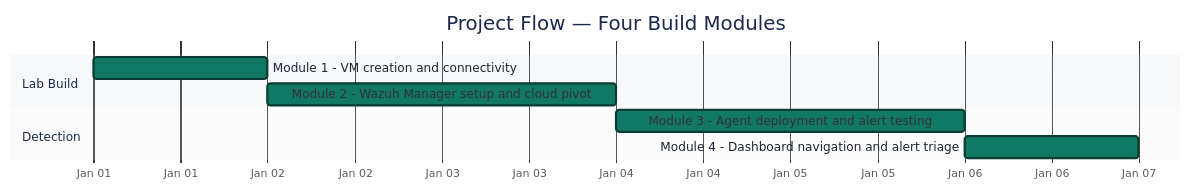
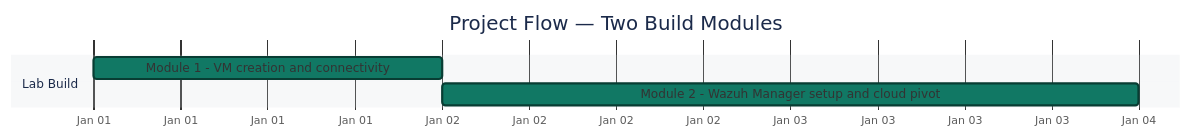
The second of 4 diagrams in 3-Advanced-Cyber-Projects/project-01-home-soc-lab-setup/README.md (malaika-azhar/Cybersecurity-Lab-Projects), drawn with Mermaid before and after one commit. The commit also changed other lines of this file, not shown here.

````diff
--- a/3-Advanced-Cyber-Projects/project-01-home-soc-lab-setup/README.md
+++ b/3-Advanced-Cyber-Projects/project-01-home-soc-lab-setup/README.md
@@ -154,19 +140,16 @@
 ```mermaid
 %%{init: { 'theme': 'base', 'themeVariables': {
   'doneTaskBkgColor':'#117864', 'doneTaskBorderColor':'#083D33',
   'sectionBkgColor':'#D6DBDF', 'altSectionBkgColor':'#EAECEE',
   'taskTextColor':'#FFFFFF', 'taskTextOutsideColor':'#1B2631',
   'taskTextLightColor':'#FFFFFF',
   'titleColor':'#1B2A4A', 'fontSize':'18px'
 }}}%%
 gantt
-    title Project Flow — Four Build Modules
+    title Project Flow — Two Build Modules
     dateFormat YYYY-MM-DD
     axisFormat %b %d
     section Lab Build
     Module 1 - VM creation and connectivity              :done, 2026-01-01, 1d
     Module 2 - Wazuh Manager setup and cloud pivot        :done, 2026-01-02, 2d
-    section Detection
-    Module 3 - Agent deployment and alert testing         :done, 2026-01-04, 2d
-    Module 4 - Dashboard navigation and alert triage       :done, 2026-01-06, 1d
 ```
````
